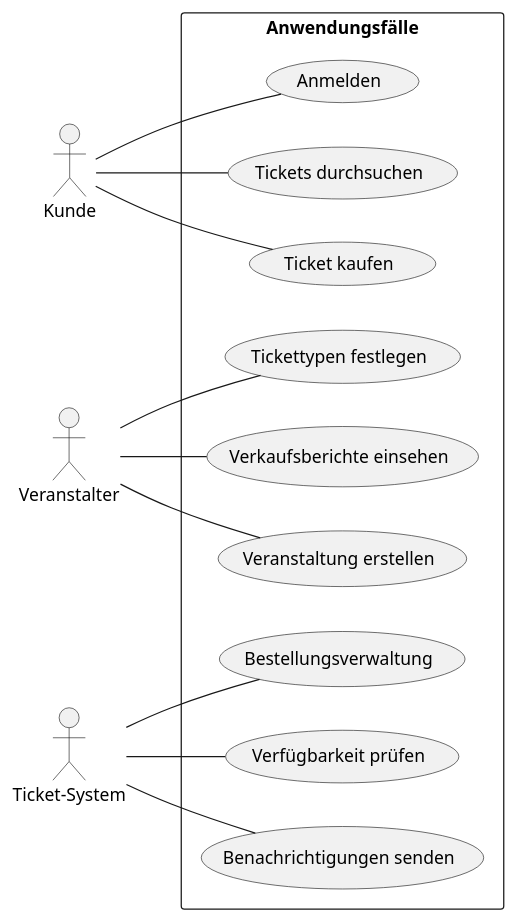
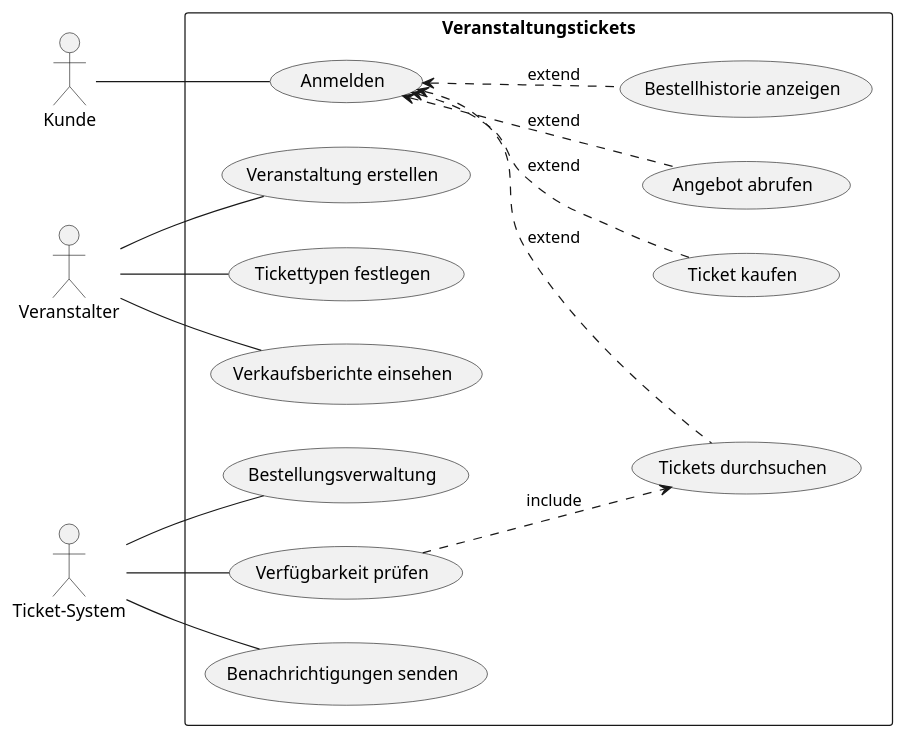
Before and after one commit to herr-nm/MMBbS_KIT_PVAP1: the diagram in docs/material/06_umlanwendungsfalldiagramm_aufgabe_4.plantuml, drawn with PlantUML. The commit also changed 10 other files, not shown here.

Commit message:
UML-Anwendungsfall & Klassendiagramm fertig

```diff
--- a/docs/material/06_umlanwendungsfalldiagramm_aufgabe_4.plantuml
+++ b/docs/material/06_umlanwendungsfalldiagramm_aufgabe_4.plantuml
@@ -1,30 +1,36 @@
 @startuml "Veranstaltungstickets"
 left to right direction
 
 actor Customer as "Kunde"
 actor Organizer as "Veranstalter"
 actor TicketSystem as "Ticket-System"
 
-rectangle "Anwendungsfälle" {
+rectangle "Veranstaltungstickets" {
   usecase "Anmelden" as Anmelden
+  usecase "Angebot abrufen" as AngebotAbrufen
+  usecase "Bestellhistorie anzeigen" as BestellhistorieAnzeigen
   usecase "Tickets durchsuchen" as TicketsDurchsuchen
   usecase "Veranstaltung erstellen" as VeranstaltungErstellen
   usecase "Tickettypen festlegen" as TickettypenFestlegen
   usecase "Verkaufsberichte einsehen" as VerkaufsberichteEinsehen
   usecase "Ticket kaufen" as TicketKaufen
   usecase "Bestellungsverwaltung" as Bestellungsverwaltung
   usecase "Verfügbarkeit prüfen" as VerfügbarkeitPrüfen
   usecase "Benachrichtigungen senden" as BenachrichtigungSenden
 }
 
 Customer -- Anmelden
-Customer -- TicketsDurchsuchen
 Organizer -- VeranstaltungErstellen
 Organizer -- TickettypenFestlegen
 Organizer -- VerkaufsberichteEinsehen
-Customer -- TicketKaufen
 TicketSystem -- Bestellungsverwaltung
 TicketSystem -- VerfügbarkeitPrüfen
 TicketSystem -- BenachrichtigungSenden
 
+Anmelden <.- AngebotAbrufen : extend
+Anmelden <.- BestellhistorieAnzeigen : extend
+Anmelden <.- TicketsDurchsuchen : extend
+Anmelden <.- TicketKaufen : extend
+VerfügbarkeitPrüfen .-> TicketsDurchsuchen : include
+
 @enduml
```
